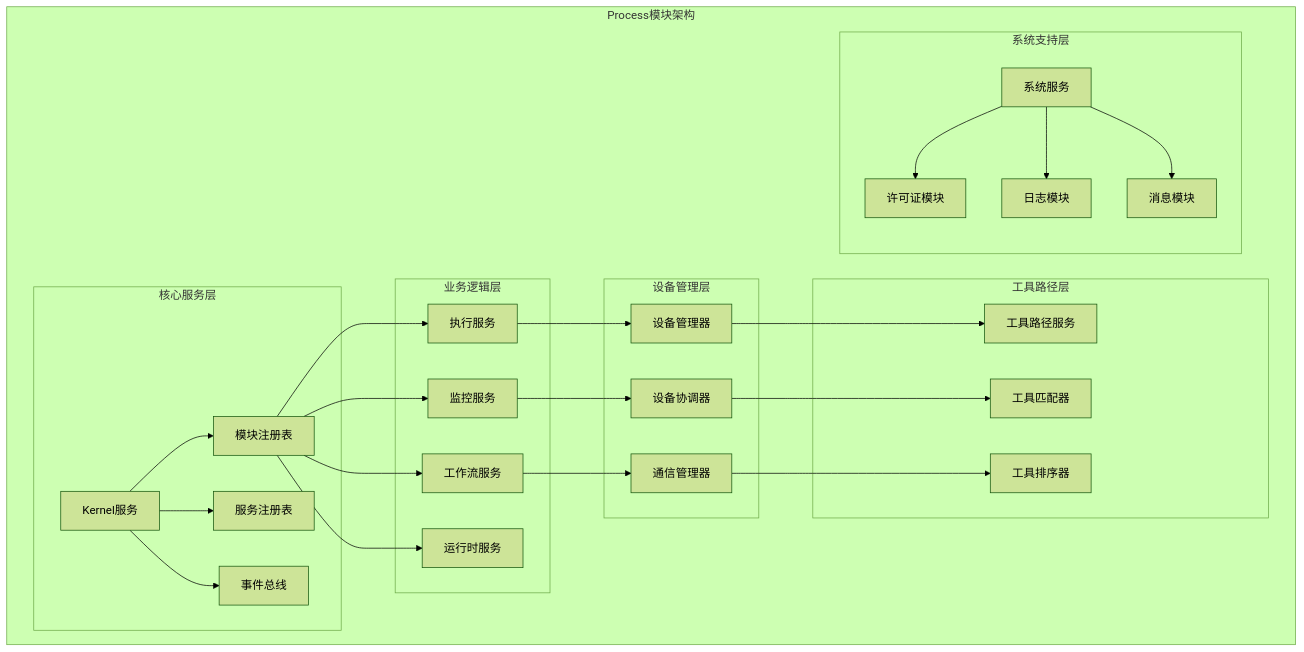
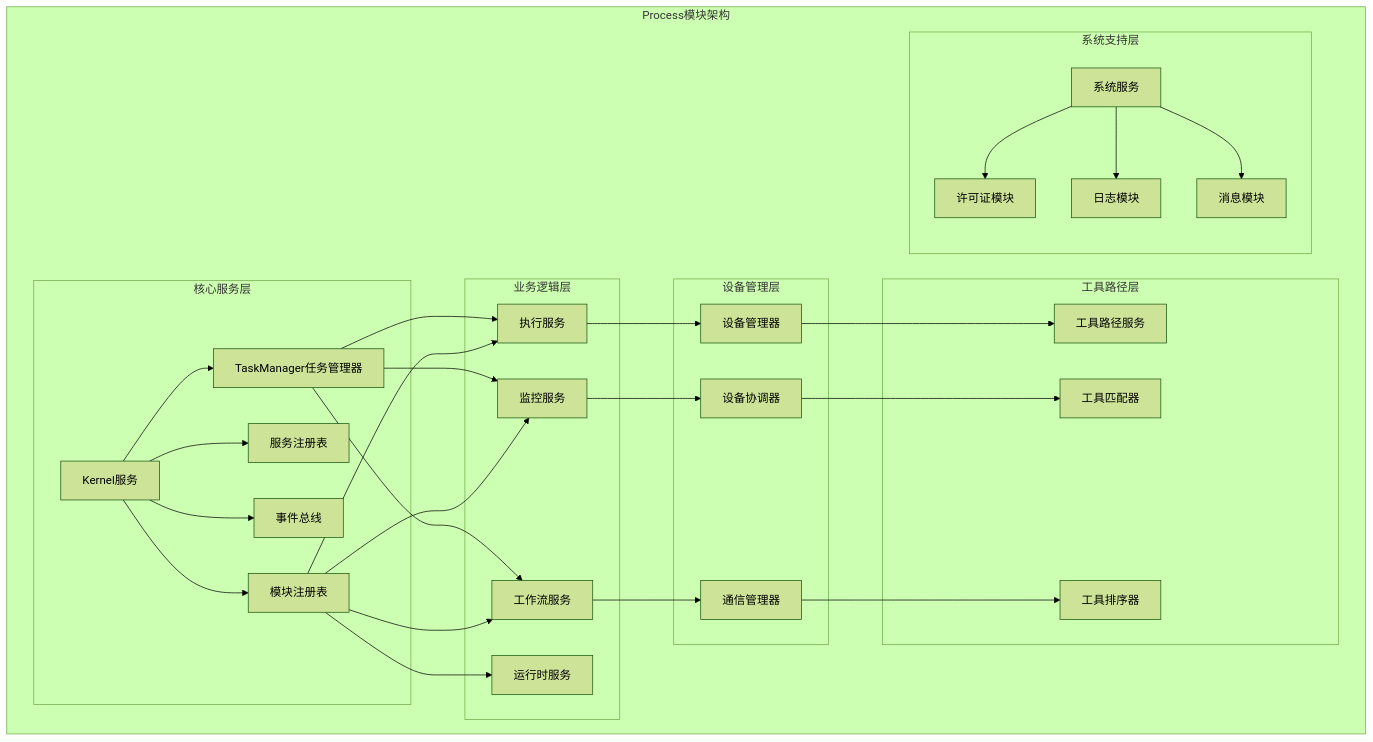
Before and after one commit to super1wang/LaserCNCv1.0: the first of 18 diagrams in .qoder/repowiki/zh/content/项目概述/模块设计/Process模块设计/Process模块服务管理架构改进.md, drawn with Mermaid (forest theme). The commit also changed other lines of this file and 159 other files, not shown here.

````diff
--- a/.qoder/repowiki/zh/content/项目概述/模块设计/Process模块设计/Process模块服务管理架构改进.md
+++ b/.qoder/repowiki/zh/content/项目概述/模块设计/Process模块设计/Process模块服务管理架构改进.md
@@ -118,49 +138,54 @@
 ```mermaid
 graph TB
 subgraph "Process模块架构"
 subgraph "核心服务层"
 Kernel[Kernel服务]
 ModuleReg[模块注册表]
 ServiceReg[服务注册表]
 EventBus[事件总线]
+TaskMgr[TaskManager任务管理器]
 end
 subgraph "业务逻辑层"
 ExecSvc[执行服务]
 MonitorSvc[监控服务]
 WorkflowSvc[工作流服务]
 RuntimeSvc[运行时服务]
 end
 subgraph "设备管理层"
 DeviceMgr[设备管理器]
 DeviceCoord[设备协调器]
 CommMgr[通信管理器]
 end
 subgraph "工具路径层"
 ToolpathSvc[工具路径服务]
 ToolMatcher[工具匹配器]
 ToolSorter[工具排序器]
 end
 subgraph "系统支持层"
 SysSvc[系统服务]
 License[许可证模块]
 LogMod[日志模块]
 MsgMod[消息模块]
 end
 end
 Kernel --> ModuleReg
 Kernel --> ServiceReg
 Kernel --> EventBus
+Kernel --> TaskMgr
 ModuleReg --> ExecSvc
 ModuleReg --> MonitorSvc
 ModuleReg --> WorkflowSvc
 ModuleReg --> RuntimeSvc
 ExecSvc --> DeviceMgr
 MonitorSvc --> DeviceCoord
 WorkflowSvc --> CommMgr
 DeviceMgr --> ToolpathSvc
 DeviceCoord --> ToolMatcher
 CommMgr --> ToolSorter
 SysSvc --> License
 SysSvc --> LogMod
 SysSvc --> MsgMod
+TaskMgr --> ExecSvc
+TaskMgr --> MonitorSvc
+TaskMgr --> WorkflowSvc
 ```
````
